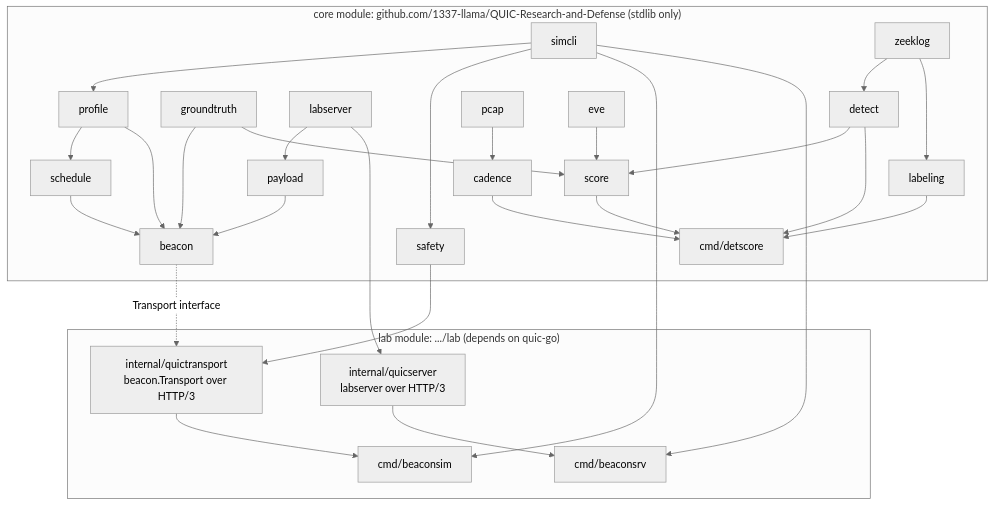
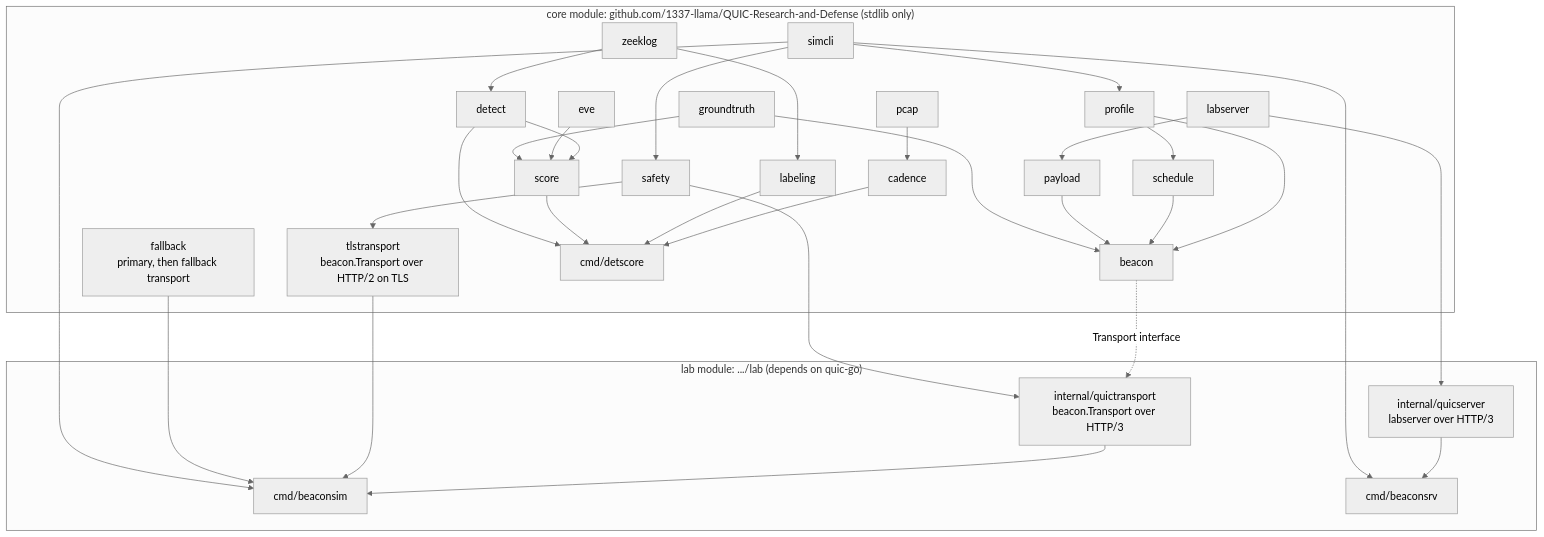
One commit to 1337-llama/QUIC-Research-and-Defense changed the diagram in docs/09-architecture-and-testing.md. Above: the diagram before and after it, drawn with Mermaid (neutral theme). The commit also changed other lines of this file and 30 other files, not shown here.

````diff
--- a/docs/09-architecture-and-testing.md
+++ b/docs/09-architecture-and-testing.md
@@ -7,37 +7,41 @@
 ```mermaid
 flowchart TB
   subgraph core["core module: github.com/1337-llama/QUIC-Research-and-Defense (stdlib only)"]
     profile --> schedule
     profile --> beacon
     schedule --> beacon
     payload --> beacon
     groundtruth --> beacon
     safety
     labserver --> payload
+    safety --> tlstransport["tlstransport<br/>beacon.Transport over HTTP/2 on TLS"]
+    fallback["fallback<br/>primary, then fallback transport"]
     simcli --> profile
     simcli --> safety
     zeeklog --> detect
     pcap --> cadence
     cadence --> detscore
     zeeklog --> labeling
     labeling --> detscore
     detect --> score
     eve --> score
     groundtruth --> score
     score --> detscore["cmd/detscore"]
     detect --> detscore
   end
   subgraph lab["lab module: .../lab (depends on quic-go)"]
     quictransport["internal/quictransport<br/>beacon.Transport over HTTP/3"]
     quicserver["internal/quicserver<br/>labserver over HTTP/3"]
     beaconsim["cmd/beaconsim"]
     beaconsrv["cmd/beaconsrv"]
   end
   beacon -.Transport interface.-> quictransport
   safety --> quictransport
   labserver --> quicserver
   quictransport --> beaconsim
+  tlstransport --> beaconsim
+  fallback --> beaconsim
   quicserver --> beaconsrv
   simcli --> beaconsim
   simcli --> beaconsrv
 ```
````
